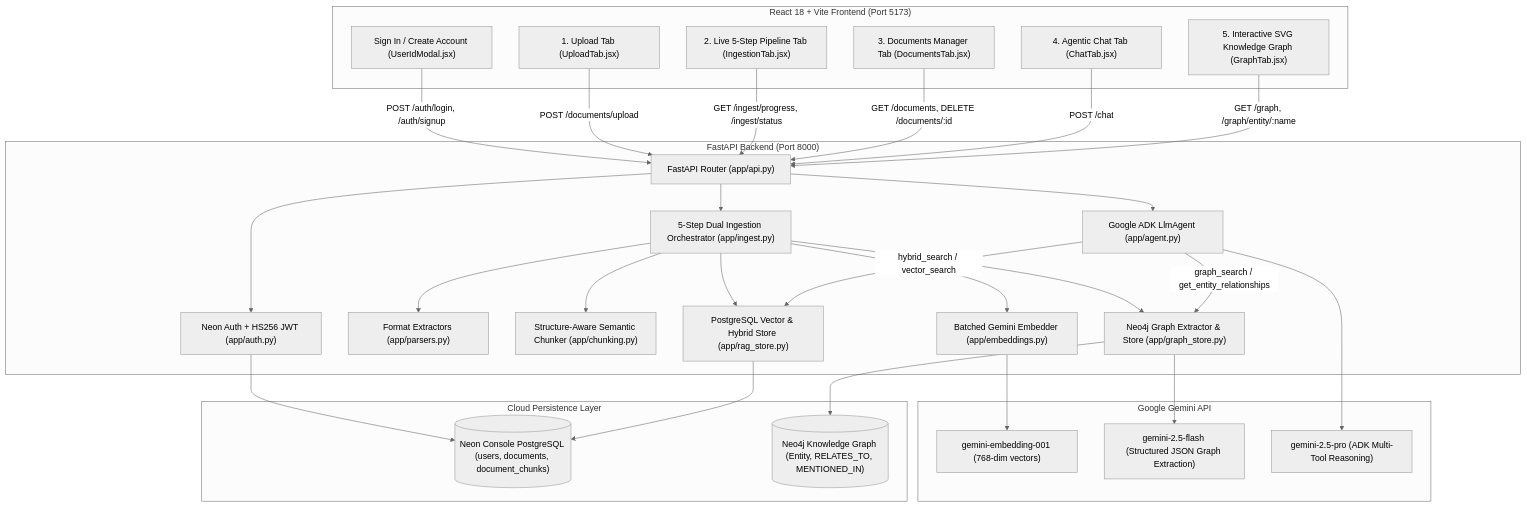
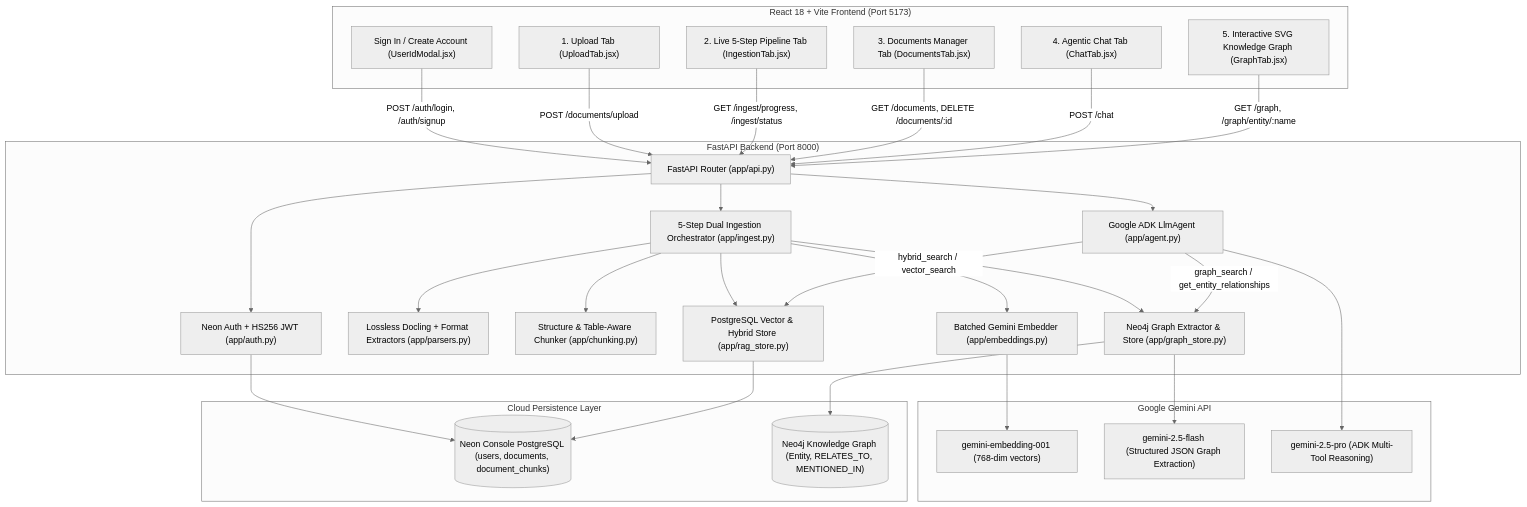
One commit to Dronanaik/adk_rag changed the first of 5 diagrams in docs/ARCHITECTURE.md. Above: the diagram before and after it, drawn with Mermaid (neutral theme). The commit also changed 13 other files, not shown here.

Commit message:
feat(v2.2.0): integrate IBM Docling for lossless document & table extraction

````diff
--- a/docs/ARCHITECTURE.md
+++ b/docs/ARCHITECTURE.md
@@ -41,61 +41,61 @@
 ```mermaid
 flowchart TB
     subgraph Client["React 18 + Vite Frontend (Port 5173)"]
         AuthUI["Sign In / Create Account (UserIdModal.jsx)"]
         UploadUI["1. Upload Tab (UploadTab.jsx)"]
         PipelineUI["2. Live 5-Step Pipeline Tab (IngestionTab.jsx)"]
         DocsUI["3. Documents Manager Tab (DocumentsTab.jsx)"]
         ChatUI["4. Agentic Chat Tab (ChatTab.jsx)"]
         GraphUI["5. Interactive SVG Knowledge Graph (GraphTab.jsx)"]
     end
 
     subgraph Backend["FastAPI Backend (Port 8000)"]
         API["FastAPI Router (app/api.py)"]
         AuthSvc["Neon Auth + HS256 JWT (app/auth.py)"]
         IngestSvc["5-Step Dual Ingestion Orchestrator (app/ingest.py)"]
-        Parsers["Format Extractors (app/parsers.py)"]
-        Chunker["Structure-Aware Semantic Chunker (app/chunking.py)"]
+        Parsers["Lossless Docling + Format Extractors (app/parsers.py)"]
+        Chunker["Structure & Table-Aware Chunker (app/chunking.py)"]
         Embedder["Batched Gemini Embedder (app/embeddings.py)"]
         ADKAgent["Google ADK LlmAgent (app/agent.py)"]
         RagStore["PostgreSQL Vector & Hybrid Store (app/rag_store.py)"]
         GraphStore["Neo4j Graph Extractor & Store (app/graph_store.py)"]
     end
 
     subgraph ExternalAI["Google Gemini API"]
         GeminiEmbed["gemini-embedding-001 (768-dim vectors)"]
         GeminiFlash["gemini-2.5-flash (Structured JSON Graph Extraction)"]
         GeminiPro["gemini-2.5-pro (ADK Multi-Tool Reasoning)"]
     end
 
     subgraph Storage["Cloud Persistence Layer"]
         NeonDB[("Neon Console PostgreSQL (users, documents, document_chunks)")]
         Neo4jDB[("Neo4j Knowledge Graph (Entity, RELATES_TO, MENTIONED_IN)")]
     end
 
     AuthUI -->|POST /auth/login, /auth/signup| API
     UploadUI -->|POST /documents/upload| API
     PipelineUI -->|GET /ingest/progress, /ingest/status| API
     DocsUI -->|GET /documents, DELETE /documents/:id| API
     ChatUI -->|POST /chat| API
     GraphUI -->|GET /graph, /graph/entity/:name| API
 
     API --> AuthSvc
     AuthSvc --> NeonDB
 
     API --> IngestSvc
     IngestSvc --> Parsers
     IngestSvc --> Chunker
     IngestSvc --> Embedder
     Embedder --> GeminiEmbed
     IngestSvc --> RagStore
     IngestSvc --> GraphStore
     GraphStore --> GeminiFlash
 
     API --> ADKAgent
     ADKAgent --> GeminiPro
     ADKAgent -->|hybrid_search / vector_search| RagStore
     ADKAgent -->|graph_search / get_entity_relationships| GraphStore
 
     RagStore --> NeonDB
     GraphStore --> Neo4jDB
 ```
````
